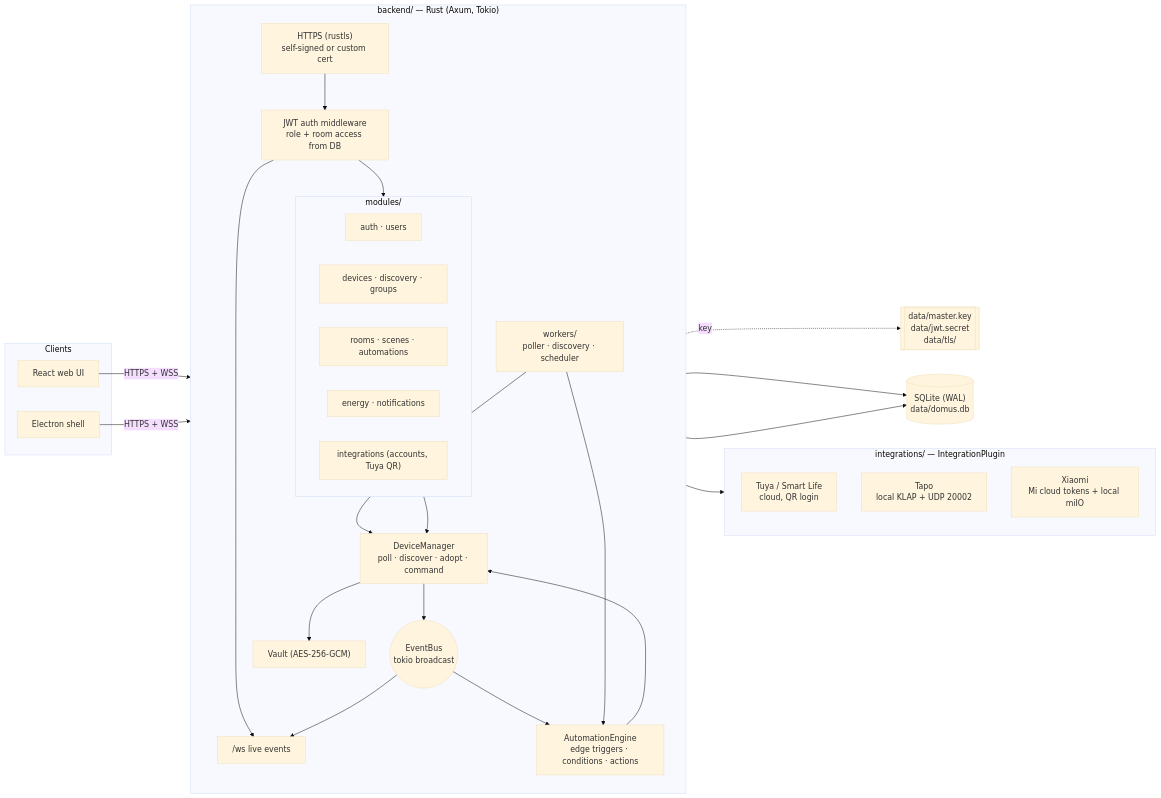
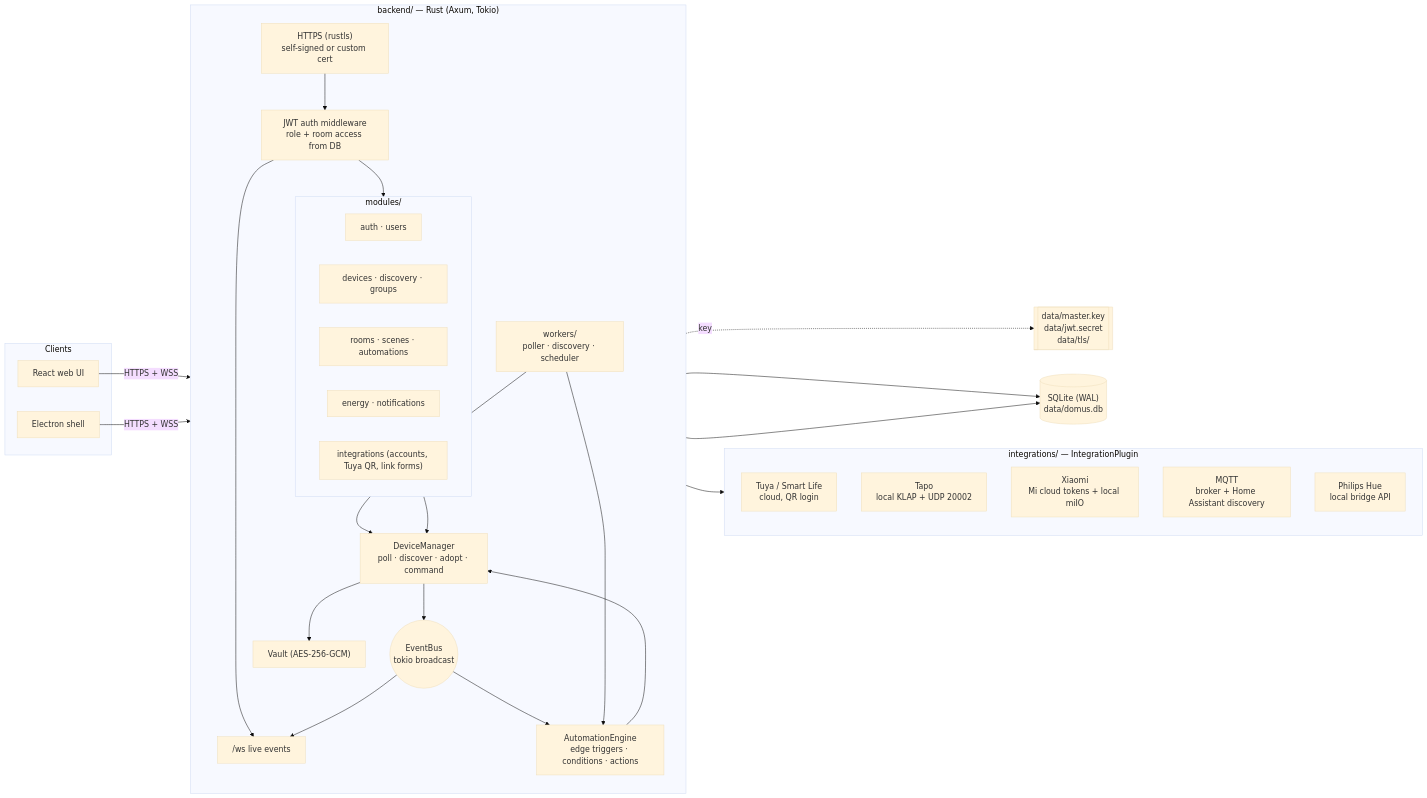
The first of 10 diagrams in development/docs/ARCHITECTURE.md (aiyu-ayaan/Domus), drawn with Mermaid (base theme) before and after one commit. The commit also changed other lines of this file and 5 other files, not shown here.

First line of the commit message:
docs(Integrations) : Document MQTT, Hue and Tapo hubs with an architecture diagram

````diff
--- a/development/docs/ARCHITECTURE.md
+++ b/development/docs/ARCHITECTURE.md
@@ -10,49 +10,51 @@
 ```mermaid
 flowchart LR
     subgraph Clients
         Web["React web UI"]
         Desk["Electron shell"]
     end
 
     subgraph Server["backend/ — Rust (Axum, Tokio)"]
         direction TB
         TLS["HTTPS (rustls)<br/>self-signed or custom cert"]
         Auth["JWT auth middleware<br/>role + room access from DB"]
         subgraph Modules["modules/"]
             M1["auth · users"]
             M2["devices · discovery · groups"]
             M3["rooms · scenes · automations"]
             M4["energy · notifications"]
-            M5["integrations (accounts, Tuya QR)"]
+            M5["integrations (accounts, Tuya QR, link forms)"]
         end
         WS["/ws live events"]
         Mgr["DeviceManager<br/>poll · discover · adopt · command"]
         Engine["AutomationEngine<br/>edge triggers · conditions · actions"]
         Bus(("EventBus<br/>tokio broadcast"))
         Workers["workers/<br/>poller · discovery · scheduler"]
         Vault["Vault (AES-256-GCM)"]
     end
 
     subgraph Plugins["integrations/ — IntegrationPlugin"]
         Tuya["Tuya / Smart Life<br/>cloud, QR login"]
         Tapo["Tapo<br/>local KLAP + UDP 20002"]
         Xiaomi["Xiaomi<br/>Mi cloud tokens + local miIO"]
+        Mqtt["MQTT<br/>broker + Home Assistant discovery"]
+        Hue["Philips Hue<br/>local bridge API"]
     end
 
     DB[("SQLite (WAL)<br/>data/domus.db")]
     Key[["data/master.key<br/>data/jwt.secret<br/>data/tls/"]]
 
     Web & Desk -->|HTTPS + WSS| TLS --> Auth --> Modules
     Auth --> WS
     Modules --> Mgr
     Modules --> DB
     Mgr --> Plugins
     Mgr --> Bus
     Mgr --> Vault
     Vault -.key.-> Key
     Bus --> Engine --> Mgr
     Bus --> WS
     Workers --> Mgr
     Workers --> Engine
     Mgr --> DB
 ```
````
